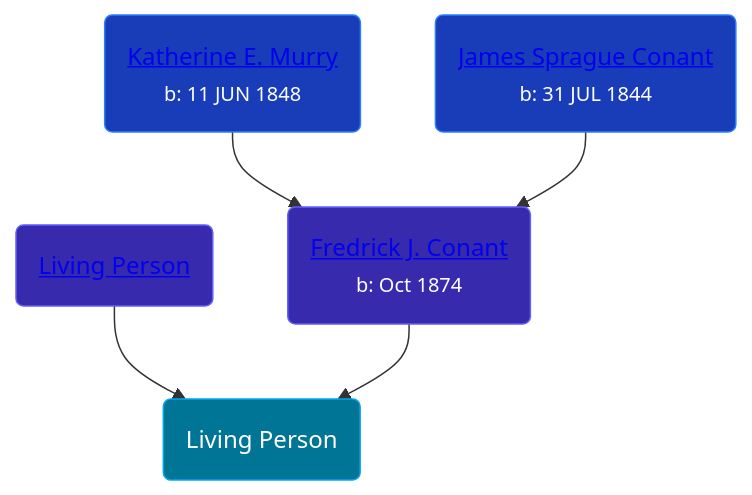
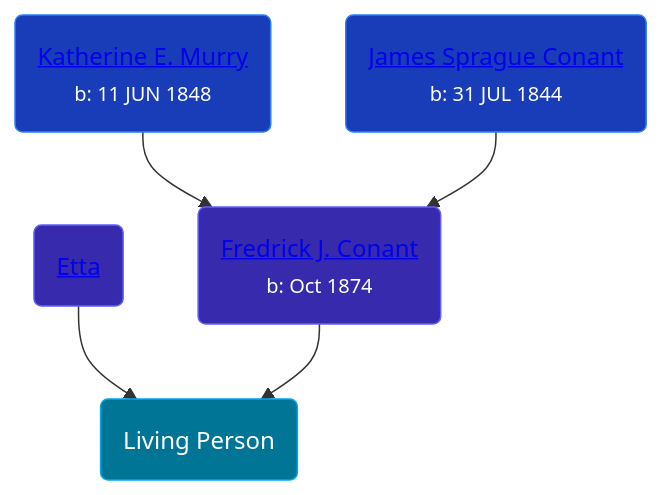
The diagram in pages/people/8/81597840.md (wpmgotkh/wpmgotkh.github.io), drawn with Mermaid before and after one commit. The commit also changed other lines of this file and 586 other files, not shown here.

Commit message:
feat: better shouldConsiderPersonLiving algo

````diff
--- a/pages/people/8/81597840.md
+++ b/pages/people/8/81597840.md
@@ -10,11 +10,11 @@
 ```mermaid
 graph
 classDef grands fill:#193cb8,stroke:#2b7fff,stroke-width:1px,color:#fff;
 classDef parents fill:#372aac,stroke:#615fff,stroke-width:1px,color:#fff;
 classDef primary fill:#007595,stroke:#00a6f4,stroke-width:1px,color:#fff;
 81597840(Living Person):::primary
-84331585(<a class="text-white" href="/people/8/84331585">Living Person</a>):::parents-->81597840
+84331585(<a class="text-white" href="/people/8/84331585">Etta </a>):::parents-->81597840
 80092500(<a class="text-white" href="/people/8/80092500">Fredrick J. Conant</a><br /><small>b: Oct 1874</small>):::parents-->81597840
 25746290(<a class="text-white" href="/people/2/25746290">Katherine E. Murry</a><br /><small>b: 11 JUN 1848</small>):::grands-->80092500
 62404416(<a class="text-white" href="/people/6/62404416">James Sprague Conant</a><br /><small>b: 31 JUL 1844</small>):::grands-->80092500
 ```
````
